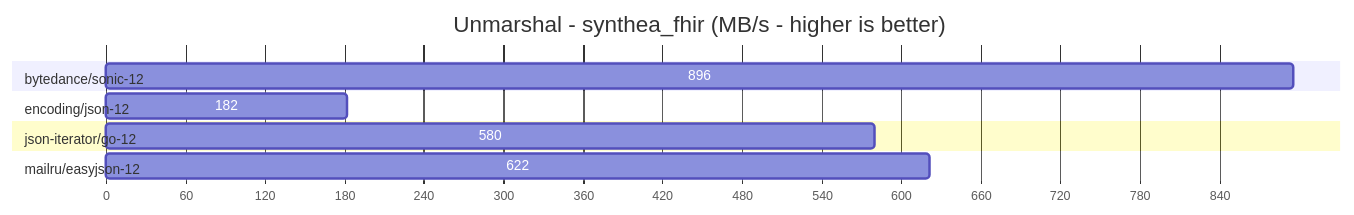
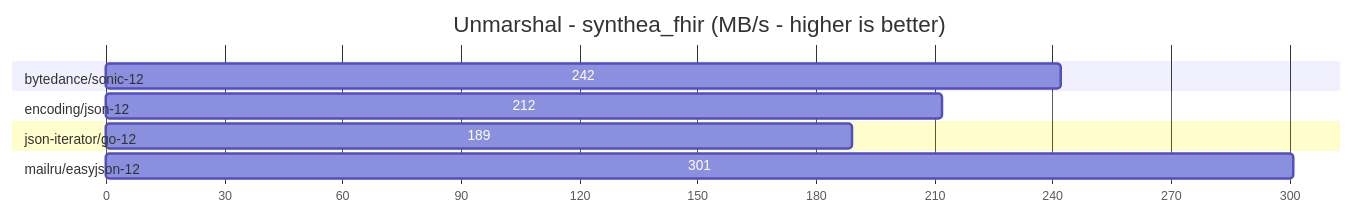
Before and after one commit to compashka/json-benchmarks: diagram 11 of 12 in README.md, drawn with Mermaid. The commit also changed other lines of this file and 23 other files, not shown here.

````diff
--- a/README.md
+++ b/README.md
@@ -171,15 +181,15 @@
 ```mermaid
 gantt
 title Unmarshal - synthea_fhir (MB/s - higher is better)
 dateFormat X
 axisFormat %s
 
 section bytedance/sonic-12        
-896 :0, 896
+242:0,242
 section encoding/json-12          
-182 :0, 182
+212:0,212
 section json-iterator/go-12       
-580 :0, 580
+189:0,189
 section mailru/easyjson-12        
-622 :0, 622
+301:0,301
 ```
````
